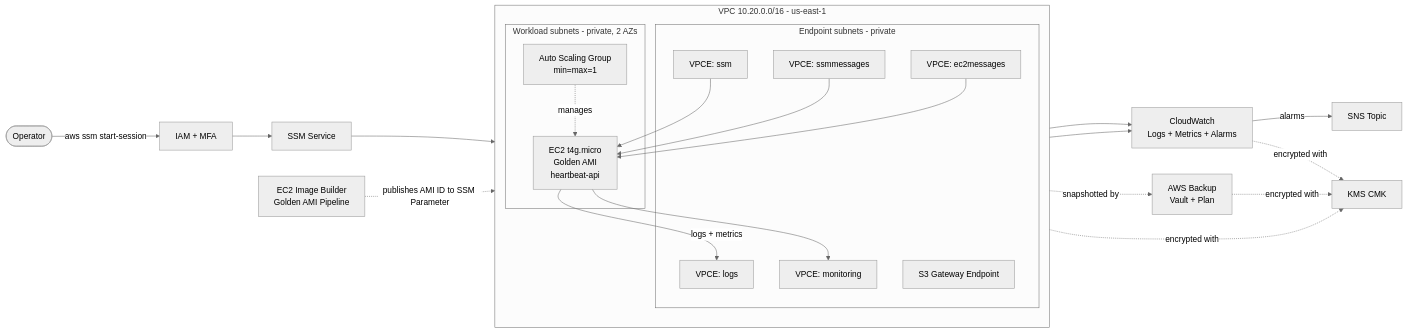
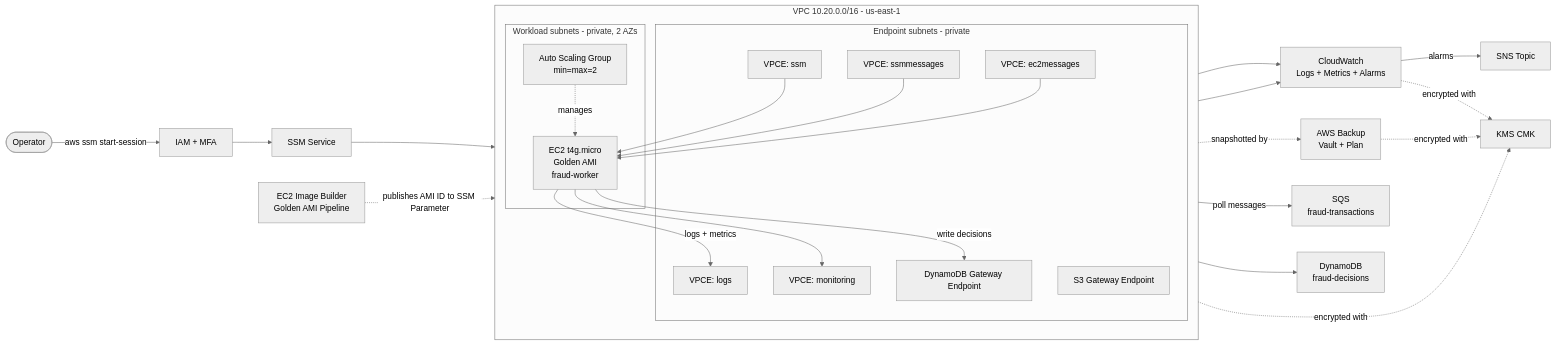
Before and after one commit to Rafagross/fraud-detection-aws-platform: the diagram in README.md, drawn with Mermaid (neutral theme). The commit also changed other lines of this file, not shown here.

First line of the commit message:
docs: rename to fraud-detection-aws-platform and update framing

````diff
--- a/README.md
+++ b/README.md
@@ -27,48 +27,54 @@
 ```mermaid
 flowchart LR
     operator([Operator])
     iam[IAM + MFA]
     ssm[SSM Service]
 
     subgraph vpc[VPC 10.20.0.0/16 - us-east-1]
         direction TB
 
         subgraph endpoints[Endpoint subnets - private]
             vpce_ssm[VPCE: ssm]
             vpce_ssmm[VPCE: ssmmessages]
             vpce_ec2m[VPCE: ec2messages]
             vpce_logs[VPCE: logs]
             vpce_mon[VPCE: monitoring]
             s3gw[S3 Gateway Endpoint]
+            dynamo_gw[DynamoDB Gateway Endpoint]
         end
 
         subgraph workload[Workload subnets - private, 2 AZs]
-            asg[Auto Scaling Group<br/>min=max=1]
-            ec2[EC2 t4g.micro<br/>Golden AMI<br/>heartbeat-api]
+            asg[Auto Scaling Group<br/>min=max=2]
+            ec2[EC2 t4g.micro<br/>Golden AMI<br/>fraud-worker]
         end
     end
 
     cw[CloudWatch<br/>Logs + Metrics + Alarms]
     sns[SNS Topic]
     backup[AWS Backup<br/>Vault + Plan]
     kms[KMS CMK]
     ib[EC2 Image Builder<br/>Golden AMI Pipeline]
+    sqs[SQS<br/>fraud-transactions]
+    ddb[DynamoDB<br/>fraud-decisions]
 
     operator -->|aws ssm start-session| iam
     iam --> ssm
     ssm --> vpce_ssm
     vpce_ssm --> ec2
     vpce_ssmm --> ec2
     vpce_ec2m --> ec2
     ec2 -->|logs + metrics| vpce_logs
     ec2 --> vpce_mon
     vpce_logs --> cw
     vpce_mon --> cw
     cw -->|alarms| sns
     asg -.manages.-> ec2
     ec2 -.encrypted with.-> kms
     cw -.encrypted with.-> kms
     backup -.encrypted with.-> kms
     ec2 -.snapshotted by.-> backup
     ib -.publishes AMI ID to SSM Parameter.-> asg
+    ec2 -->|poll messages| sqs
+    ec2 -->|write decisions| dynamo_gw
+    dynamo_gw --> ddb
 ```
````
